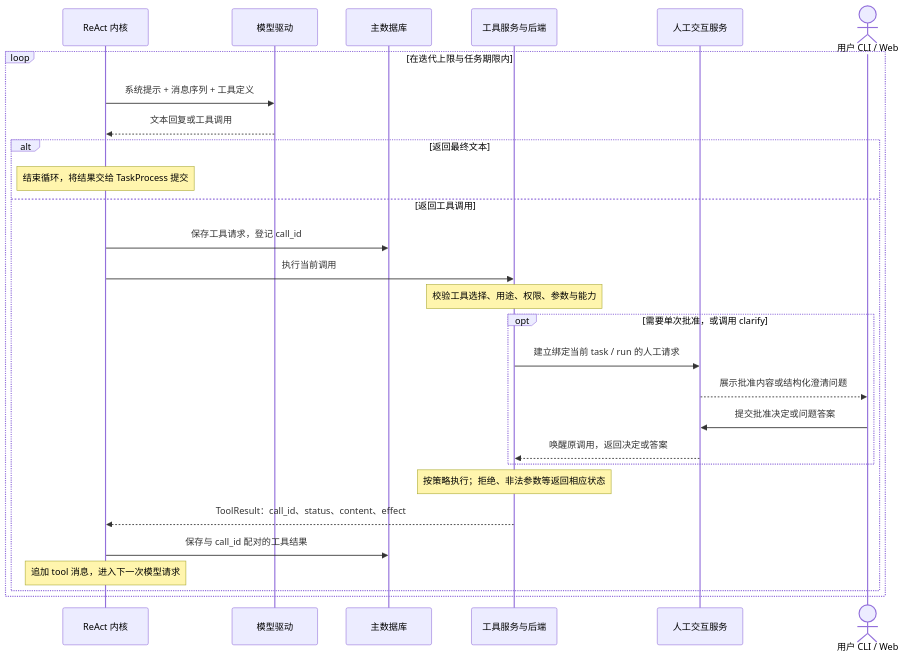
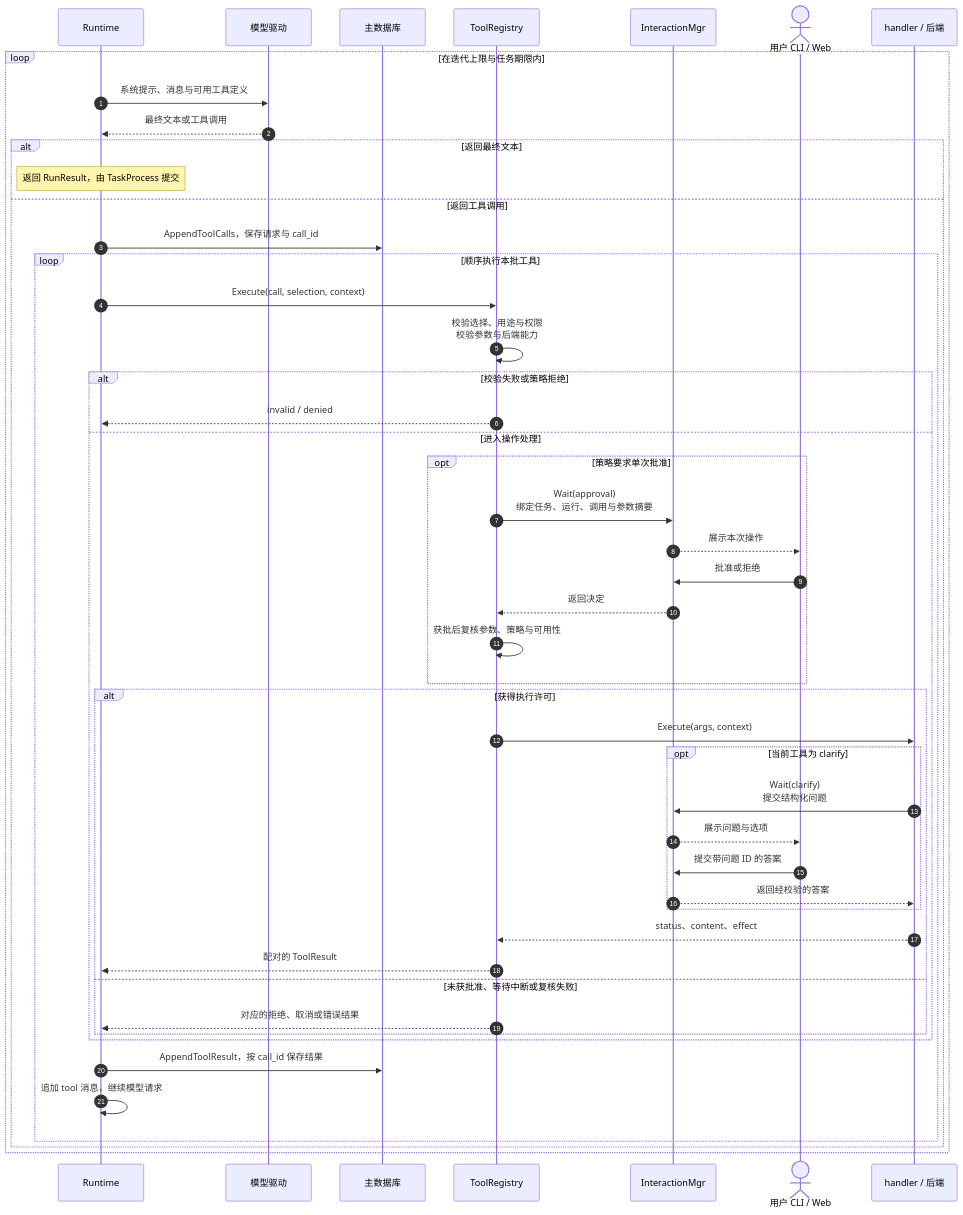
One commit to Lophyads/FunAgent changed the third of 6 diagrams in README.md. Above: the diagram before and after it, drawn with Mermaid. The commit also changed other lines of this file and 64 other files, not shown here.

````diff
--- a/README.md
+++ b/README.md
@@ -161,31 +191,51 @@
 ```mermaid
 sequenceDiagram
-    participant Runtime as ReAct 内核
+    autonumber
+    participant Runtime as Runtime
     participant Model as 模型驱动
     participant DB as 主数据库
-    participant Tool as 工具服务与后端
-    participant Human as 人工交互服务
+    participant Tools as ToolRegistry
+    participant Human as InteractionMgr
     actor User as 用户 CLI / Web
+    participant Backend as handler / 后端
 
     loop 在迭代上限与任务期限内
-        Runtime->>Model: 系统提示 + 消息序列 + 工具定义
-        Model-->>Runtime: 文本回复或工具调用
+        Runtime->>Model: 系统提示、消息与可用工具定义
+        Model-->>Runtime: 最终文本或工具调用
         alt 返回最终文本
-            Note over Runtime: 结束循环，将结果交给 TaskProcess 提交
+            Note over Runtime: 返回 RunResult，由 TaskProcess 提交
         else 返回工具调用
-            Runtime->>DB: 保存工具请求，登记 call_id
-            Runtime->>Tool: 执行当前调用
-            Note over Tool: 校验工具选择、用途、权限、参数与能力
-            opt 需要单次批准，或调用 clarify
-                Tool->>Human: 建立绑定当前 task / run 的人工请求
-                Human-->>User: 展示批准内容或结构化澄清问题
-                User->>Human: 提交批准决定或问题答案
-                Human-->>Tool: 唤醒原调用，返回决定或答案
+            Runtime->>DB: AppendToolCalls，保存请求与 call_id
+            loop 顺序执行本批工具
+                Runtime->>Tools: Execute(call, selection, context)
+                Tools->>Tools: 校验选择、用途与权限<br/>校验参数与后端能力
+                alt 校验失败或策略拒绝
+                    Tools-->>Runtime: invalid / denied
+                else 进入操作处理
+                    opt 策略要求单次批准
+                        Tools->>Human: Wait(approval)<br/>绑定任务、运行、调用与参数摘要
+                        Human-->>User: 展示本次操作
+                        User->>Human: 批准或拒绝
+                        Human-->>Tools: 返回决定
+                        Tools->>Tools: 获批后复核参数、策略与可用性
+                    end
+                    alt 获得执行许可
+                        Tools->>Backend: Execute(args, context)
+                        opt 当前工具为 clarify
+                            Backend->>Human: Wait(clarify)<br/>提交结构化问题
+                            Human-->>User: 展示问题与选项
+                            User->>Human: 提交带问题 ID 的答案
+                            Human-->>Backend: 返回经校验的答案
+                        end
+                        Backend-->>Tools: status、content、effect
+                        Tools-->>Runtime: 配对的 ToolResult
+                    else 未获批准、等待中断或复核失败
+                        Tools-->>Runtime: 对应的拒绝、取消或错误结果
+                    end
+                end
+                Runtime->>DB: AppendToolResult，按 call_id 保存结果
+                Runtime->>Runtime: 追加 tool 消息，继续模型请求
             end
-            Note over Tool: 按策略执行；拒绝、非法参数等返回相应状态
-            Tool-->>Runtime: ToolResult：call_id、status、content、effect
-            Runtime->>DB: 保存与 call_id 配对的工具结果
-            Note over Runtime: 追加 tool 消息，进入下一次模型请求
         end
     end
 ```
````
